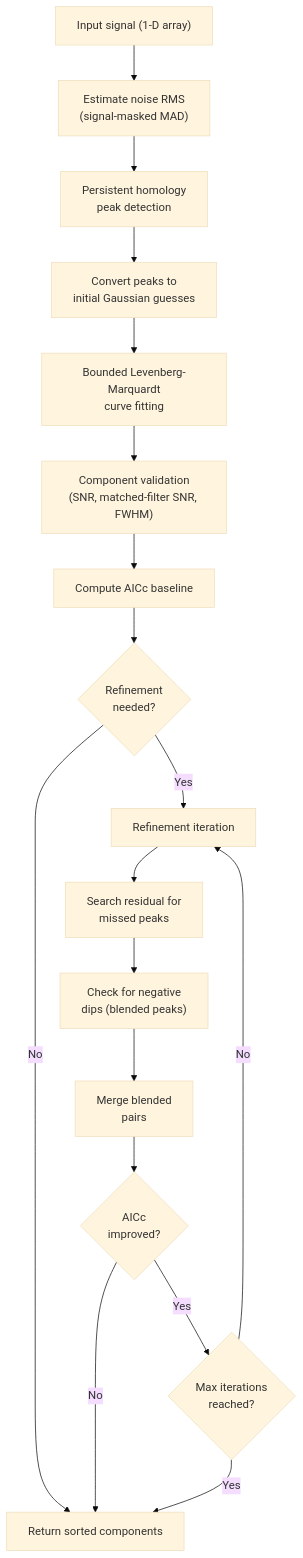
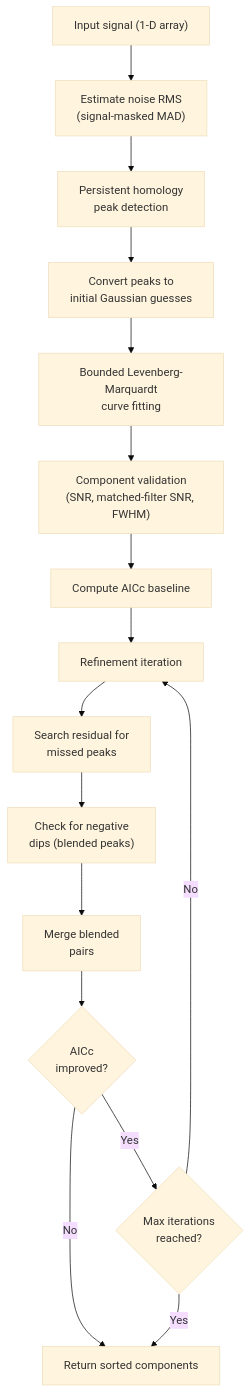
One commit to caverac/phspectra changed the diagram in packages/docs/docs/library/algorithm.md. Above: the diagram before and after it, drawn with Mermaid (base theme). The commit also changed other lines of this file and 18 other files, not shown here.

````diff
--- a/packages/docs/docs/library/algorithm.md
+++ b/packages/docs/docs/library/algorithm.md
@@ -7,20 +7,18 @@
 ```mermaid
 flowchart TD
     S["Input signal (1-D array)"] --> RMS["Estimate noise RMS<br/>(signal-masked MAD)"]
     RMS --> PH["Persistent homology<br/>peak detection"]
     PH --> IG["Convert peaks to<br/>initial Gaussian guesses"]
     IG --> FIT["Bounded Levenberg-Marquardt<br/>curve fitting"]
     FIT --> VAL["Component validation<br/>(SNR, matched-filter SNR, FWHM)"]
     VAL --> AICC["Compute AICc baseline"]
-    AICC --> REF{"Refinement<br/>needed?"}
-    REF -- "No" --> OUT["Return sorted components"]
-    REF -- "Yes" --> LOOP["Refinement iteration"]
+    AICC --> LOOP["Refinement iteration"]
     LOOP --> RES["Search residual for<br/>missed peaks"]
     RES --> DIP["Check for negative<br/>dips (blended peaks)"]
     DIP --> MRG["Merge blended<br/>pairs"]
     MRG --> ACC{"AICc<br/>improved?"}
     ACC -- "Yes" --> AGAIN{"Max iterations<br/>reached?"}
-    ACC -- "No" --> OUT
+    ACC -- "No" --> OUT["Return sorted components"]
     AGAIN -- "No" --> LOOP
     AGAIN -- "Yes" --> OUT
 ```
````
